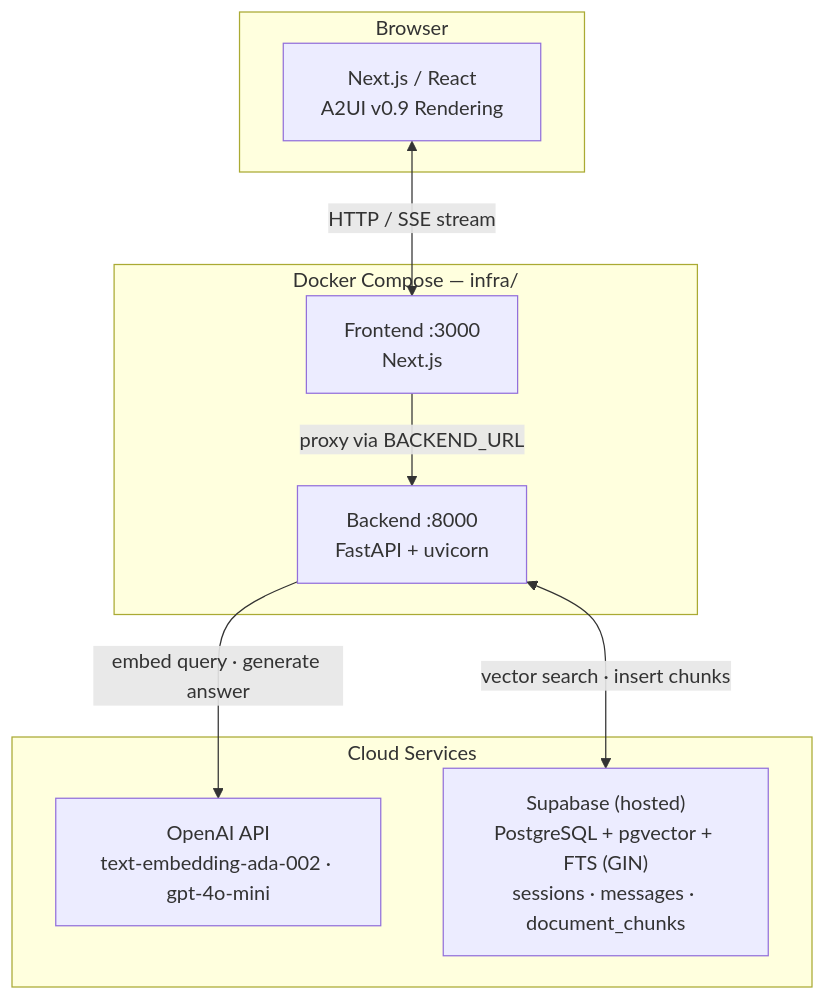
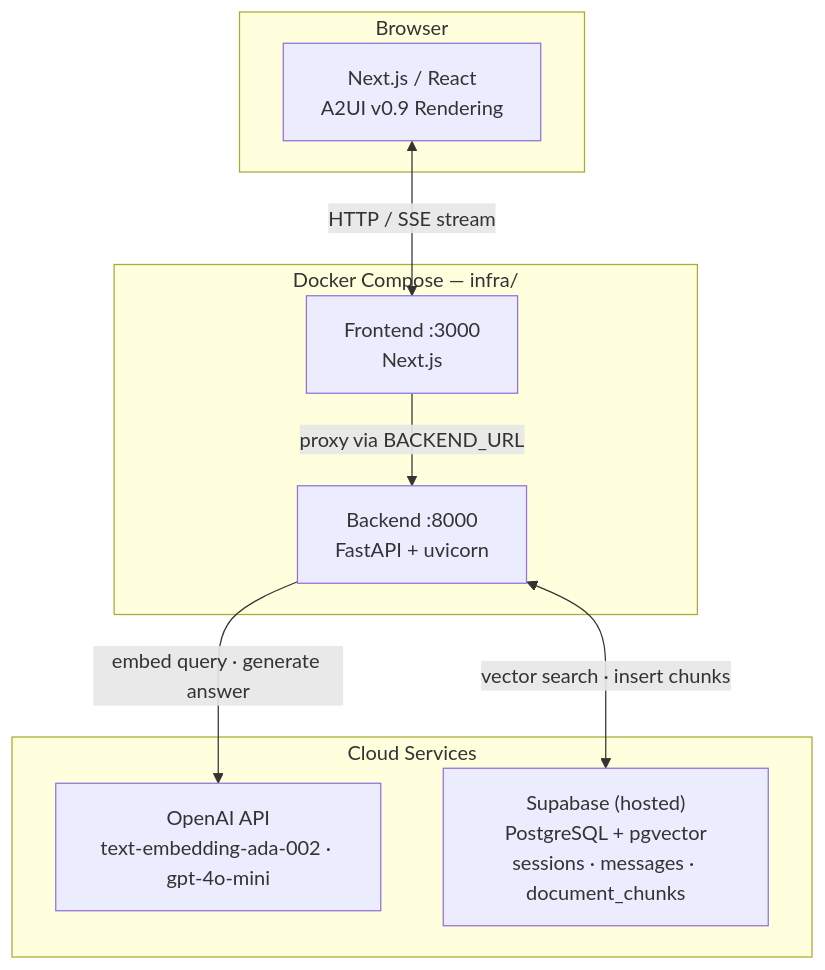
Before and after one commit to dashbh/synapse: the first of 3 diagrams in docs/Architecture.md, drawn with Mermaid. The commit also changed other lines of this file and 11 other files, not shown here.

````diff
--- a/docs/Architecture.md
+++ b/docs/Architecture.md
@@ -70,21 +67,21 @@
 ```mermaid
 flowchart TB
     subgraph browser["Browser"]
         ui["Next.js / React\nA2UI v0.9 Rendering"]
     end
 
     subgraph compose["Docker Compose — infra/"]
         fe["Frontend :3000\nNext.js"]
         be["Backend :8000\nFastAPI + uvicorn"]
     end
 
     subgraph cloud["Cloud Services"]
         oai["OpenAI API\ntext-embedding-ada-002 · gpt-4o-mini"]
-        sb["Supabase (hosted)\nPostgreSQL + pgvector + FTS (GIN)\nsessions · messages · document_chunks"]
+        sb["Supabase (hosted)\nPostgreSQL + pgvector\nsessions · messages · document_chunks"]
     end
 
     ui <-->|"HTTP / SSE stream"| fe
     fe -->|"proxy via BACKEND_URL"| be
     be -->|"embed query · generate answer"| oai
     be <-->|"vector search · insert chunks"| sb
 ```
````
